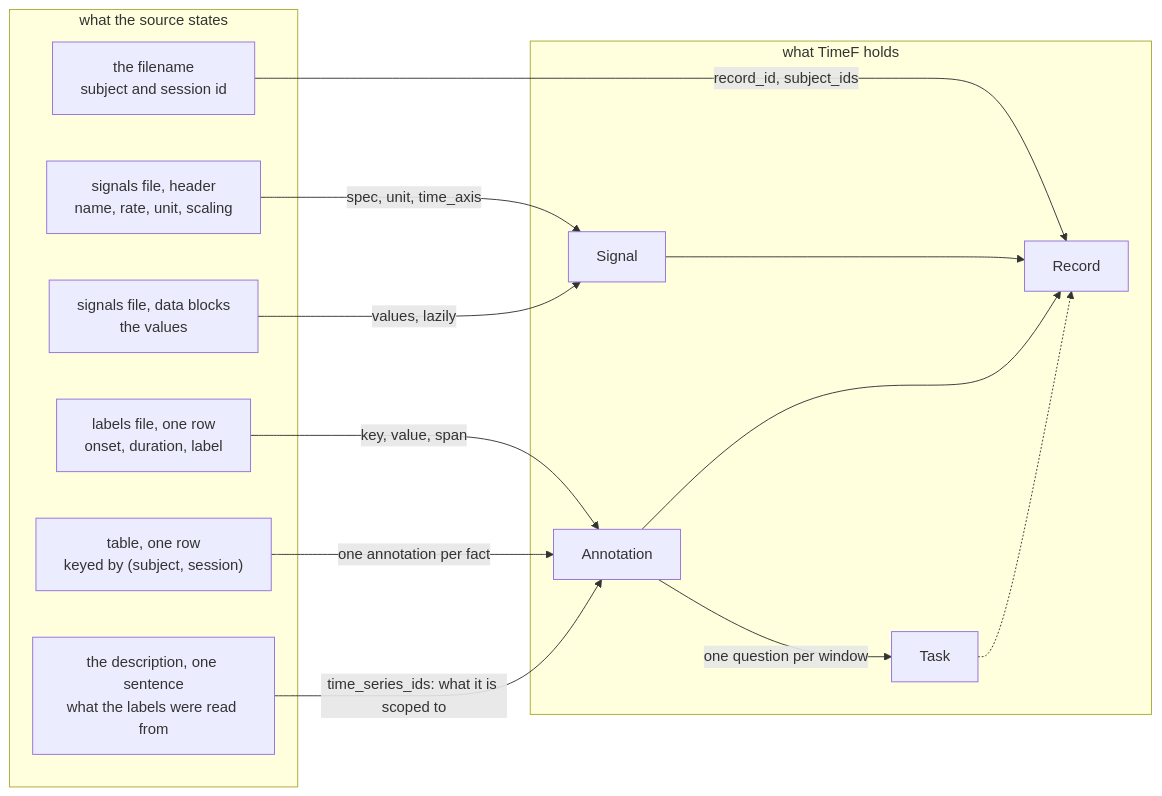
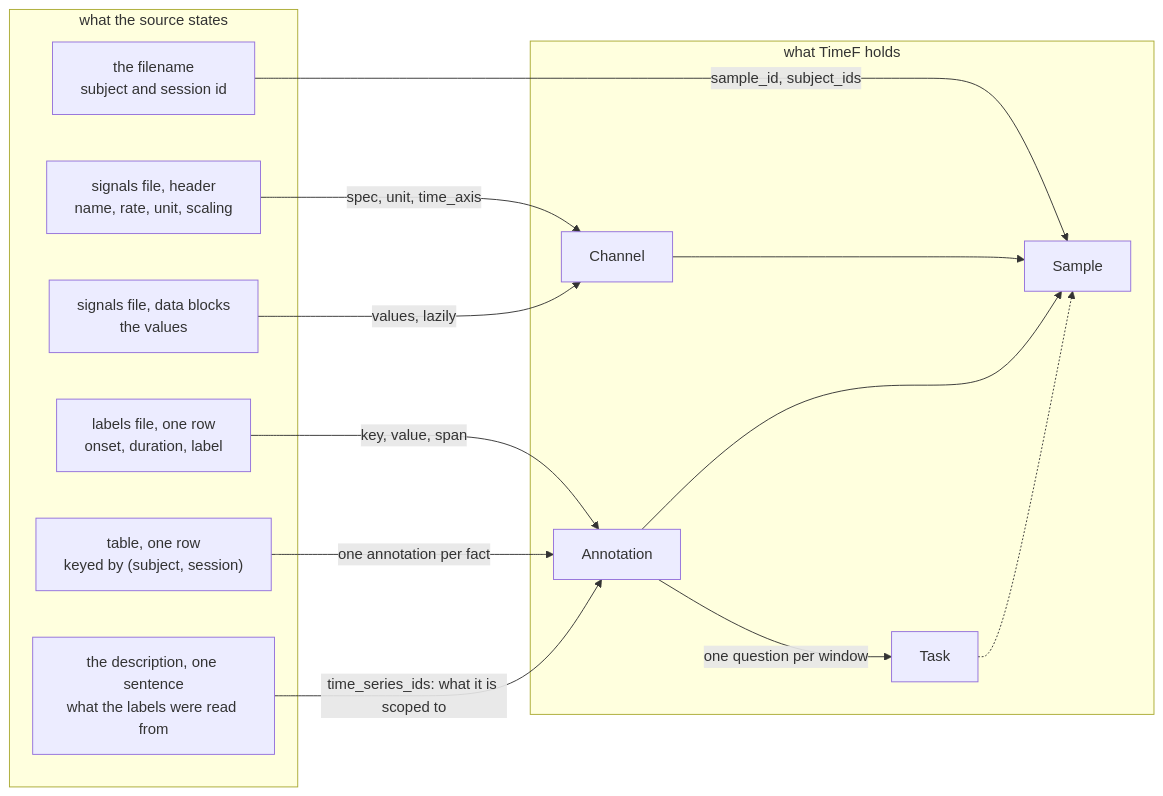
The second of 2 diagrams in .agents/skills/add-dataset-connector/references/discovery.md (OpenTSLM/TimeNet), drawn with Mermaid before and after one commit. The commit also changed other lines of this file and 7 other files, not shown here.

````diff
--- a/.agents/skills/add-dataset-connector/references/discovery.md
+++ b/.agents/skills/add-dataset-connector/references/discovery.md
@@ -367,27 +367,27 @@
 ```mermaid
 flowchart LR
     subgraph src["what the source states"]
         fname["the filename<br/>subject and session id"]
         hdr["signals file, header<br/>name, rate, unit, scaling"]
         blk["signals file, data blocks<br/>the values"]
         lab["labels file, one row<br/>onset, duration, label"]
         row["table, one row<br/>keyed by (subject, session)"]
         prose["the description, one sentence<br/>what the labels were read from"]
     end
     subgraph tf["what TimeF holds"]
-        rec["Record"]
-        sig["Signal"]
+        rec["Sample"]
+        sig["Channel"]
         ann["Annotation"]
         task["Task"]
     end
-    fname -->|"record_id, subject_ids"| rec
+    fname -->|"sample_id, subject_ids"| rec
     hdr -->|"spec, unit, time_axis"| sig
     blk -->|"values, lazily"| sig
     lab -->|"key, value, span"| ann
     row -->|"one annotation per fact"| ann
     prose -->|"time_series_ids: what it is scoped to"| ann
     ann -->|"one question per window"| task
     sig --> rec
     ann --> rec
     task -.-> rec
 ```
````
